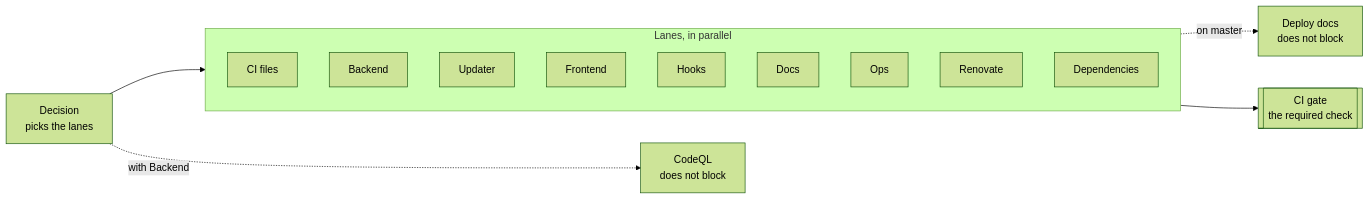
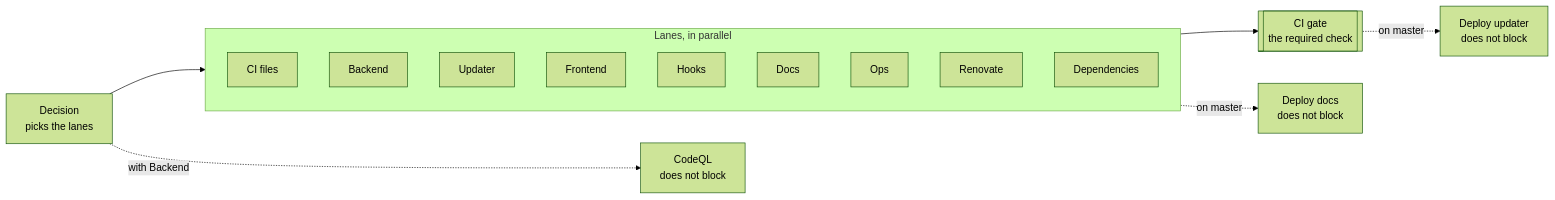
Before and after one commit to mboisnard/drinkit: the second of 2 diagrams in docs/src/engineering/delivery/ci-cd.md, drawn with Mermaid (forest theme). The commit also changed other lines of this file and 8 other files, not shown here.

````diff
--- a/docs/src/engineering/delivery/ci-cd.md
+++ b/docs/src/engineering/delivery/ci-cd.md
@@ -54,19 +56,20 @@
 ```mermaid
 flowchart LR
   decision[Decision<br/>picks the lanes] --> lanes
   subgraph lanes [Lanes, in parallel]
     direction TB
     workflows[CI files]
     backend[Backend]
     updater[Updater]
     frontend[Frontend]
     hooks[Hooks]
     docs[Docs]
     ops[Ops]
     renovate[Renovate]
     dependencies[Dependencies]
   end
   lanes --> gate[[CI gate<br/>the required check]]
   decision -. with Backend .-> codeql[CodeQL<br/>does not block]
   docs -. on master .-> deploy[Deploy docs<br/>does not block]
+  gate -. on master .-> deployupdater[Deploy updater<br/>does not block]
 ```
````
